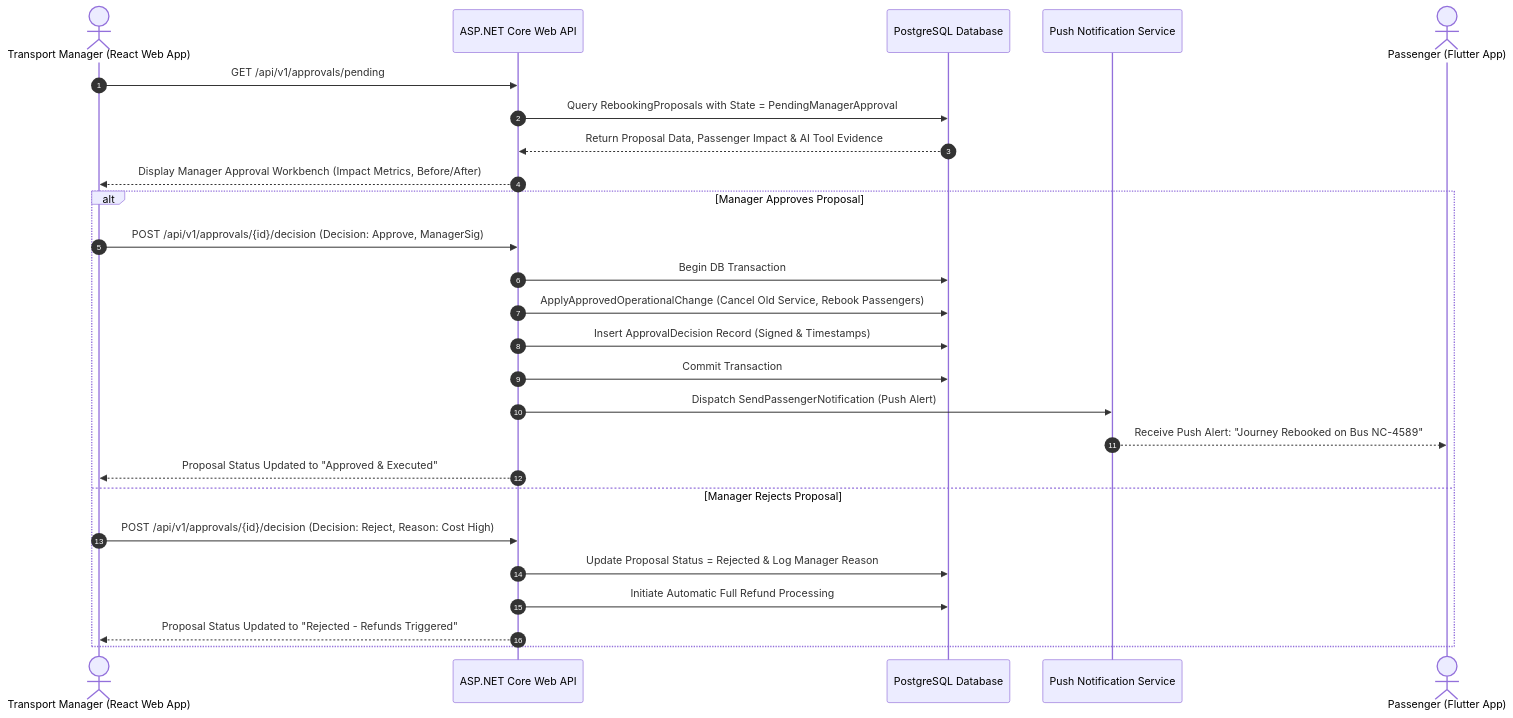
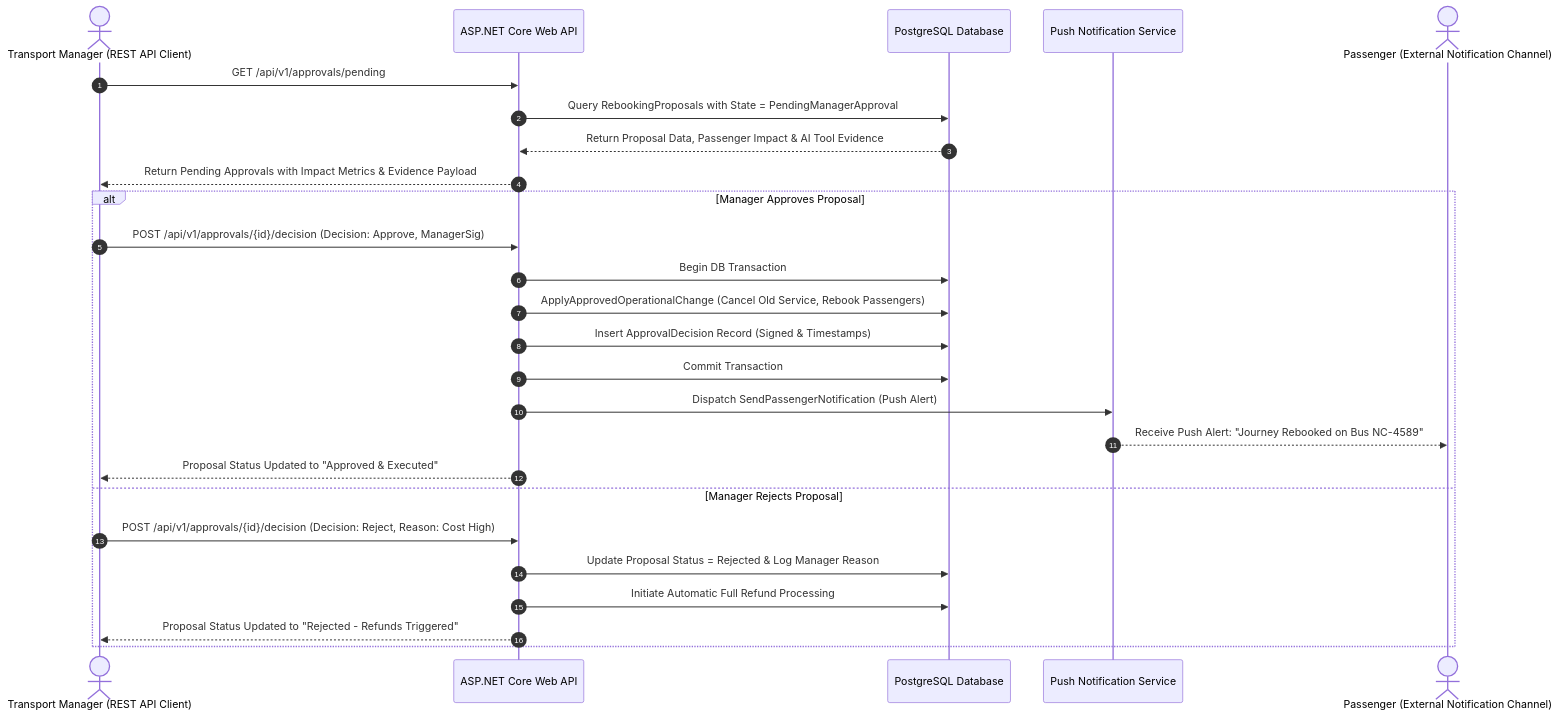
One commit to NuhadhMohomed/WayPoint changed the diagram in docs/architecture/diagrams/06-manager-approval-workflow.mermaid. Above: the diagram before and after it, drawn with Mermaid. The commit also changed 266 other files, not shown here.

```diff
--- a/docs/architecture/diagrams/06-manager-approval-workflow.mermaid
+++ b/docs/architecture/diagrams/06-manager-approval-workflow.mermaid
@@ -1,28 +1,28 @@
 sequenceDiagram
     autonumber
-    actor Mgr as Transport Manager (React Web App)
+    actor Mgr as Transport Manager (REST API Client)
     participant API as ASP.NET Core Web API
     participant DB as PostgreSQL Database
     participant Push as Push Notification Service
-    actor Pass as Passenger (Flutter App)
+    actor Pass as Passenger (External Notification Channel)
 
     Mgr->>API: GET /api/v1/approvals/pending
     API->>DB: Query RebookingProposals with State = PendingManagerApproval
     DB-->>API: Return Proposal Data, Passenger Impact & AI Tool Evidence
-    API-->>Mgr: Display Manager Approval Workbench (Impact Metrics, Before/After)
+    API-->>Mgr: Return Pending Approvals with Impact Metrics & Evidence Payload
 
     alt Manager Approves Proposal
         Mgr->>API: POST /api/v1/approvals/{id}/decision (Decision: Approve, ManagerSig)
         API->>DB: Begin DB Transaction
         API->>DB: ApplyApprovedOperationalChange (Cancel Old Service, Rebook Passengers)
         API->>DB: Insert ApprovalDecision Record (Signed & Timestamps)
         API->>DB: Commit Transaction
         API->>Push: Dispatch SendPassengerNotification (Push Alert)
         Push-->>Pass: Receive Push Alert: "Journey Rebooked on Bus NC-4589"
         API-->>Mgr: Proposal Status Updated to "Approved & Executed"
     else Manager Rejects Proposal
         Mgr->>API: POST /api/v1/approvals/{id}/decision (Decision: Reject, Reason: Cost High)
         API->>DB: Update Proposal Status = Rejected & Log Manager Reason
         API->>DB: Initiate Automatic Full Refund Processing
         API-->>Mgr: Proposal Status Updated to "Rejected - Refunds Triggered"
     end
```
